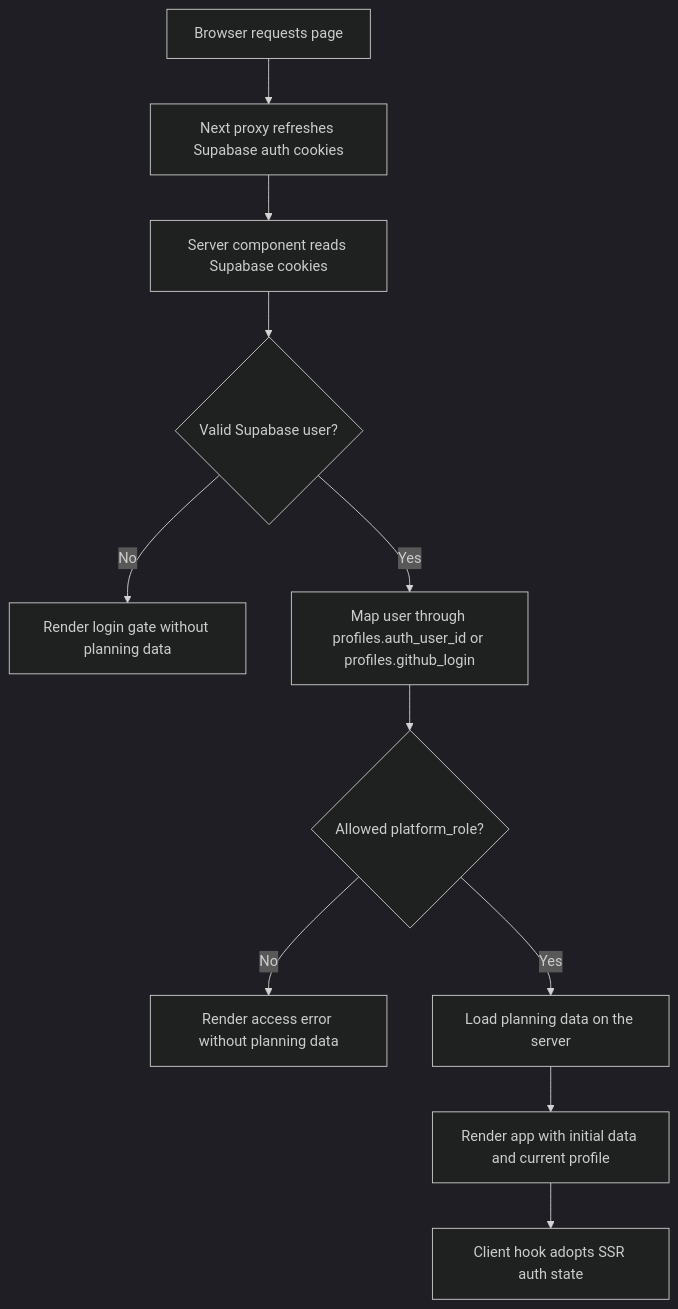
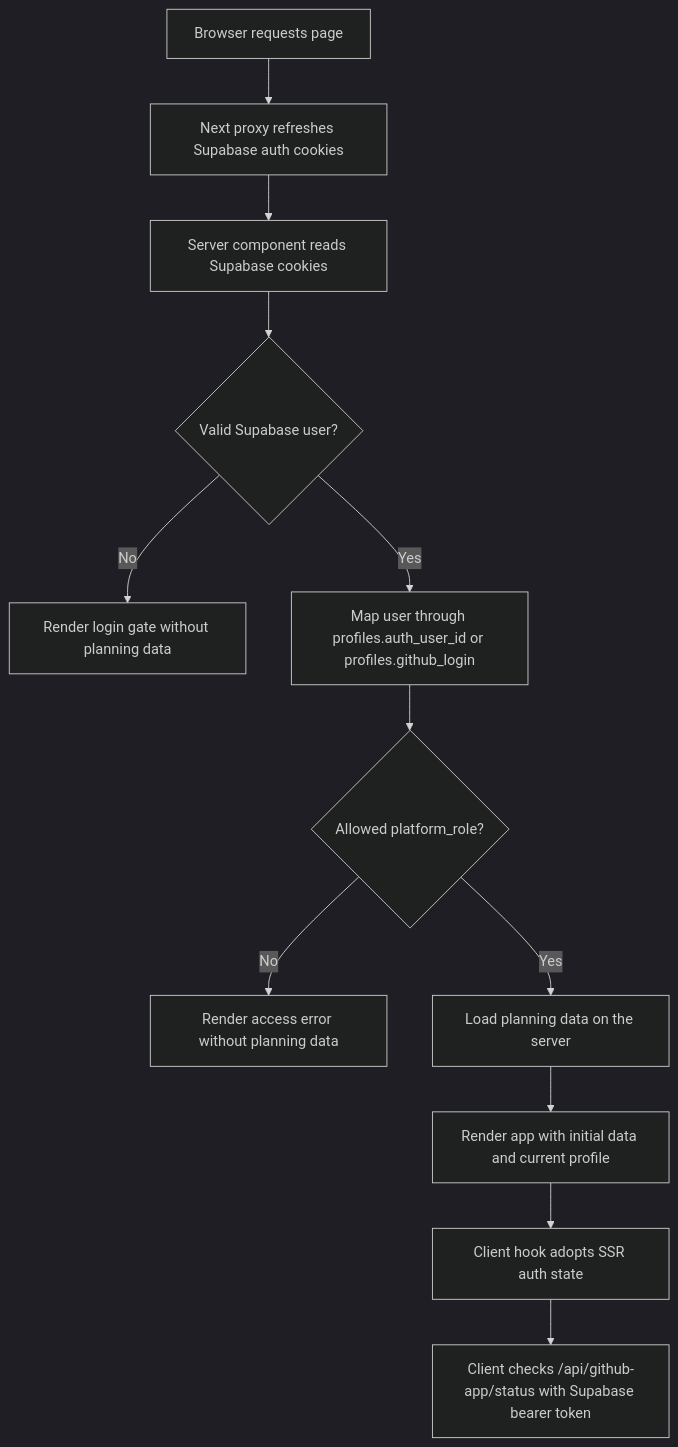
Before and after one commit to findmydoc-platform/founder-scoreboard-v2: the first of 5 diagrams in docs/auth-flow.md, drawn with Mermaid (dark theme). The commit also changed other lines of this file and 50 other files, not shown here.

````diff
--- a/docs/auth-flow.md
+++ b/docs/auth-flow.md
@@ -16,13 +17,14 @@
 ```mermaid
 flowchart TD
   A["Browser requests page"] --> B["Next proxy refreshes Supabase auth cookies"]
   B --> C["Server component reads Supabase cookies"]
   C --> D{"Valid Supabase user?"}
   D -- "No" --> E["Render login gate without planning data"]
   D -- "Yes" --> F["Map user through profiles.auth_user_id or profiles.github_login"]
   F --> G{"Allowed platform_role?"}
   G -- "No" --> H["Render access error without planning data"]
   G -- "Yes" --> I["Load planning data on the server"]
   I --> J["Render app with initial data and current profile"]
   J --> K["Client hook adopts SSR auth state"]
+  K --> L["Client checks /api/github-app/status with Supabase bearer token"]
 ```
````
